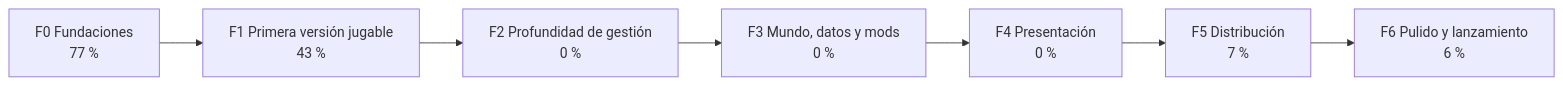
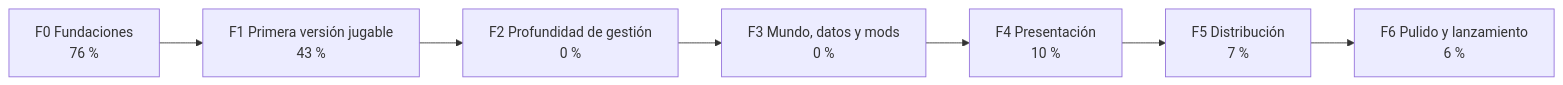
Before and after one commit to dariogea/BM27: the first of 2 diagrams in README.md, drawn with Mermaid. The commit also changed other lines of this file and 29 other files, not shown here.

````diff
--- a/README.md
+++ b/README.md
@@ -61,11 +69,11 @@
 ```mermaid
 flowchart LR
-  F0["F0 Fundaciones<br/>77 %"]
+  F0["F0 Fundaciones<br/>76 %"]
   F1["F1 Primera versión jugable<br/>43 %"]
   F2["F2 Profundidad de gestión<br/>0 %"]
   F3["F3 Mundo, datos y mods<br/>0 %"]
-  F4["F4 Presentación<br/>0 %"]
+  F4["F4 Presentación<br/>10 %"]
   F5["F5 Distribución<br/>7 %"]
   F6["F6 Pulido y lanzamiento<br/>6 %"]
   F0 --> F1 --> F2 --> F3 --> F4 --> F5 --> F6
 ```
````
